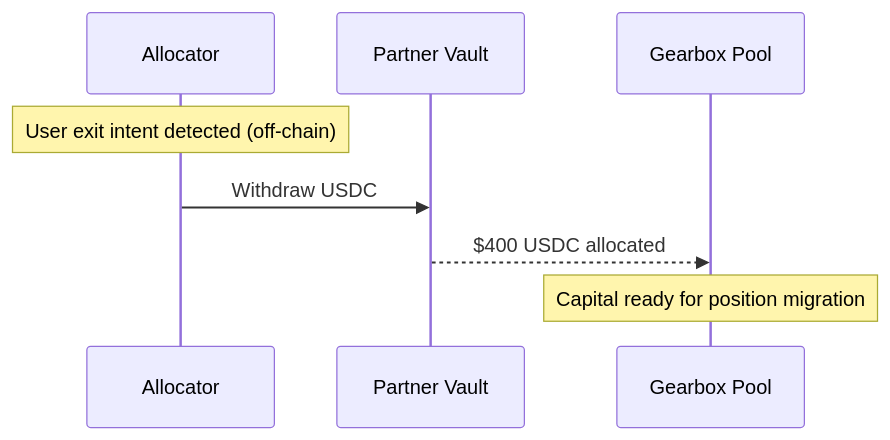
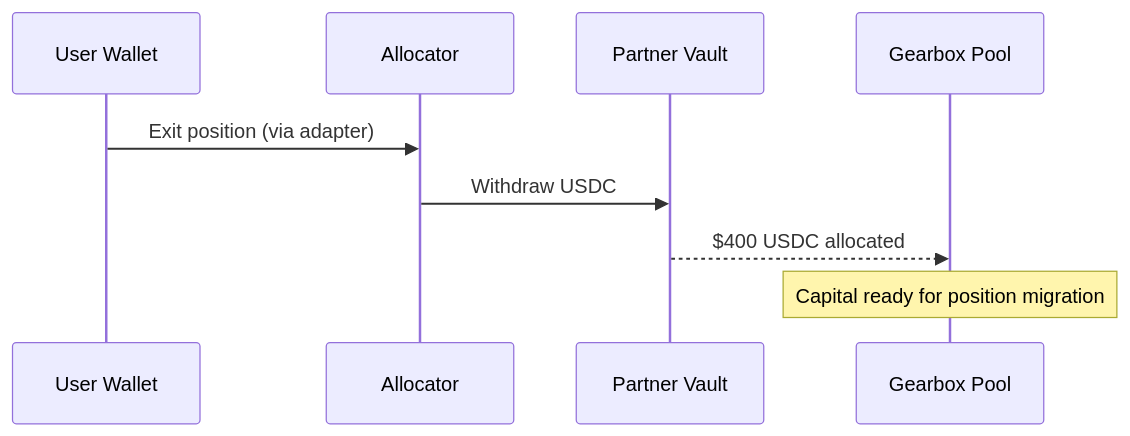
The sixth of 10 diagrams in reference/usecase-faster-rwa-settlement-with-leverage.md (Gearbox-protocol/docs-knowledge), drawn with Mermaid before and after one commit. The commit also changed other lines of this file, not shown here.

First line of the commit message:
docs: fix Phase 1 diagrams — show actual tx call chain, not intent detection

````diff
--- a/reference/usecase-faster-rwa-settlement-with-leverage.md
+++ b/reference/usecase-faster-rwa-settlement-with-leverage.md
@@ -266,11 +267,12 @@
 ```mermaid
 sequenceDiagram
+    participant W as User Wallet
     participant A as Allocator
     participant PV as Partner Vault
     participant GP as Gearbox Pool
 
-    Note over A: User exit intent detected (off-chain)
+    W->>A: Exit position (via adapter)
     A->>PV: Withdraw USDC
     PV-->>GP: $400 USDC allocated
     Note over GP: Capital ready for position migration
 ```
````
